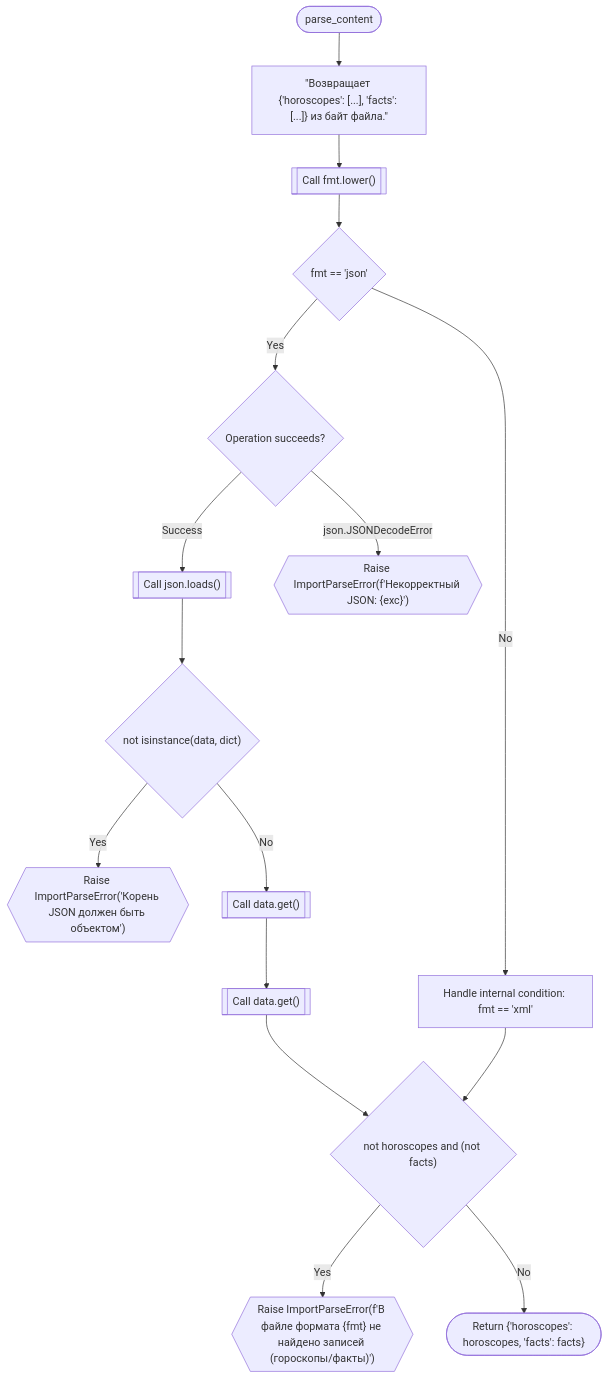
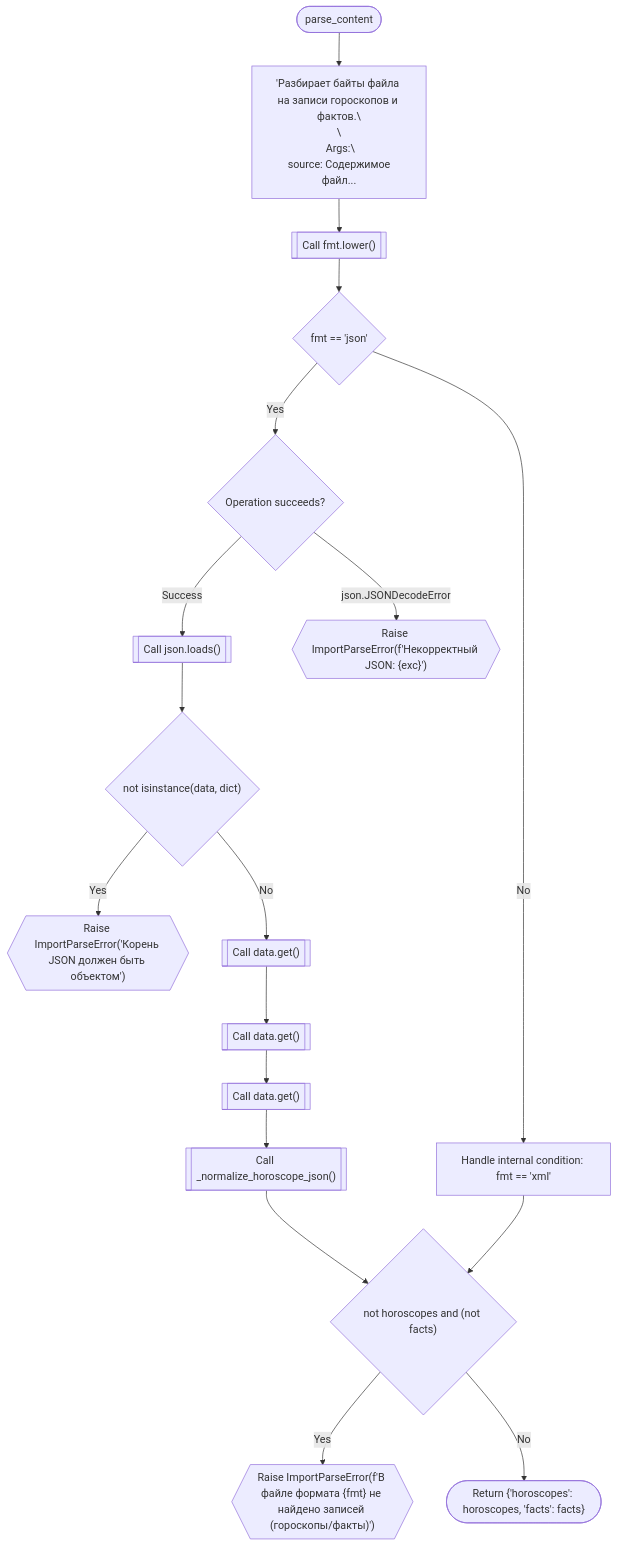
Before and after one commit to ihrusl05-rgb/Factoscope: diagram 16 of 59 in codedebrief-out/codedebrief.md, drawn with Mermaid. The commit also changed other lines of this file and 20 other files, not shown here.

````diff
--- a/codedebrief-out/codedebrief.md
+++ b/codedebrief-out/codedebrief.md
@@ -465,33 +477,37 @@
 ```mermaid
 flowchart TD
   mflow_663e4bdf3d371734_n1(["parse_content"])
-  mflow_663e4bdf3d371734_n2["&quot;Возвращает {'horoscopes': [...], 'facts': [...]} из байт файла.&quot;"]
+  mflow_663e4bdf3d371734_n2["'Разбирает байты файла на записи гороскопов и фактов.\\n\\n Args:\\n source: Содержимое файл..."]
   mflow_663e4bdf3d371734_n3[["Call fmt.lower()"]]
   mflow_663e4bdf3d371734_n4{"fmt == 'json'"}
   mflow_663e4bdf3d371734_n5{"Operation succeeds?"}
   mflow_663e4bdf3d371734_n6[["Call json.loads()"]]
   mflow_663e4bdf3d371734_n7{{"Raise ImportParseError(f'Некорректный JSON: {exc}')"}}
   mflow_663e4bdf3d371734_n8{"not isinstance(data, dict)"}
   mflow_663e4bdf3d371734_n9{{"Raise ImportParseError('Корень JSON должен быть объектом')"}}
   mflow_663e4bdf3d371734_n10[["Call data.get()"]]
   mflow_663e4bdf3d371734_n11[["Call data.get()"]]
-  mflow_663e4bdf3d371734_n12["Handle internal condition: fmt == 'xml'"]
-  mflow_663e4bdf3d371734_n13{"not horoscopes and (not facts)"}
-  mflow_663e4bdf3d371734_n14{{"Raise ImportParseError(f'В файле формата {fmt} не найдено записей (гороскопы/факты)')"}}
-  mflow_663e4bdf3d371734_n15(["Return {'horoscopes': horoscopes, 'facts': facts}"])
+  mflow_663e4bdf3d371734_n12[["Call data.get()"]]
+  mflow_663e4bdf3d371734_n13[["Call _normalize_horoscope_json()"]]
+  mflow_663e4bdf3d371734_n14["Handle internal condition: fmt == 'xml'"]
+  mflow_663e4bdf3d371734_n15{"not horoscopes and (not facts)"}
+  mflow_663e4bdf3d371734_n16{{"Raise ImportParseError(f'В файле формата {fmt} не найдено записей (гороскопы/факты)')"}}
+  mflow_663e4bdf3d371734_n17(["Return {'horoscopes': horoscopes, 'facts': facts}"])
   mflow_663e4bdf3d371734_n1 --> mflow_663e4bdf3d371734_n2
   mflow_663e4bdf3d371734_n2 --> mflow_663e4bdf3d371734_n3
   mflow_663e4bdf3d371734_n3 --> mflow_663e4bdf3d371734_n4
   mflow_663e4bdf3d371734_n4 -->|"Yes"| mflow_663e4bdf3d371734_n5
   mflow_663e4bdf3d371734_n5 -->|"Success"| mflow_663e4bdf3d371734_n6
   mflow_663e4bdf3d371734_n5 -->|"json.JSONDecodeError"| mflow_663e4bdf3d371734_n7
   mflow_663e4bdf3d371734_n6 --> mflow_663e4bdf3d371734_n8
   mflow_663e4bdf3d371734_n8 -->|"Yes"| mflow_663e4bdf3d371734_n9
   mflow_663e4bdf3d371734_n8 -->|"No"| mflow_663e4bdf3d371734_n10
   mflow_663e4bdf3d371734_n10 --> mflow_663e4bdf3d371734_n11
-  mflow_663e4bdf3d371734_n4 -->|"No"| mflow_663e4bdf3d371734_n12
-  mflow_663e4bdf3d371734_n11 --> mflow_663e4bdf3d371734_n13
+  mflow_663e4bdf3d371734_n11 --> mflow_663e4bdf3d371734_n12
   mflow_663e4bdf3d371734_n12 --> mflow_663e4bdf3d371734_n13
-  mflow_663e4bdf3d371734_n13 -->|"Yes"| mflow_663e4bdf3d371734_n14
-  mflow_663e4bdf3d371734_n13 -->|"No"| mflow_663e4bdf3d371734_n15
+  mflow_663e4bdf3d371734_n4 -->|"No"| mflow_663e4bdf3d371734_n14
+  mflow_663e4bdf3d371734_n13 --> mflow_663e4bdf3d371734_n15
+  mflow_663e4bdf3d371734_n14 --> mflow_663e4bdf3d371734_n15
+  mflow_663e4bdf3d371734_n15 -->|"Yes"| mflow_663e4bdf3d371734_n16
+  mflow_663e4bdf3d371734_n15 -->|"No"| mflow_663e4bdf3d371734_n17
 ```
````
